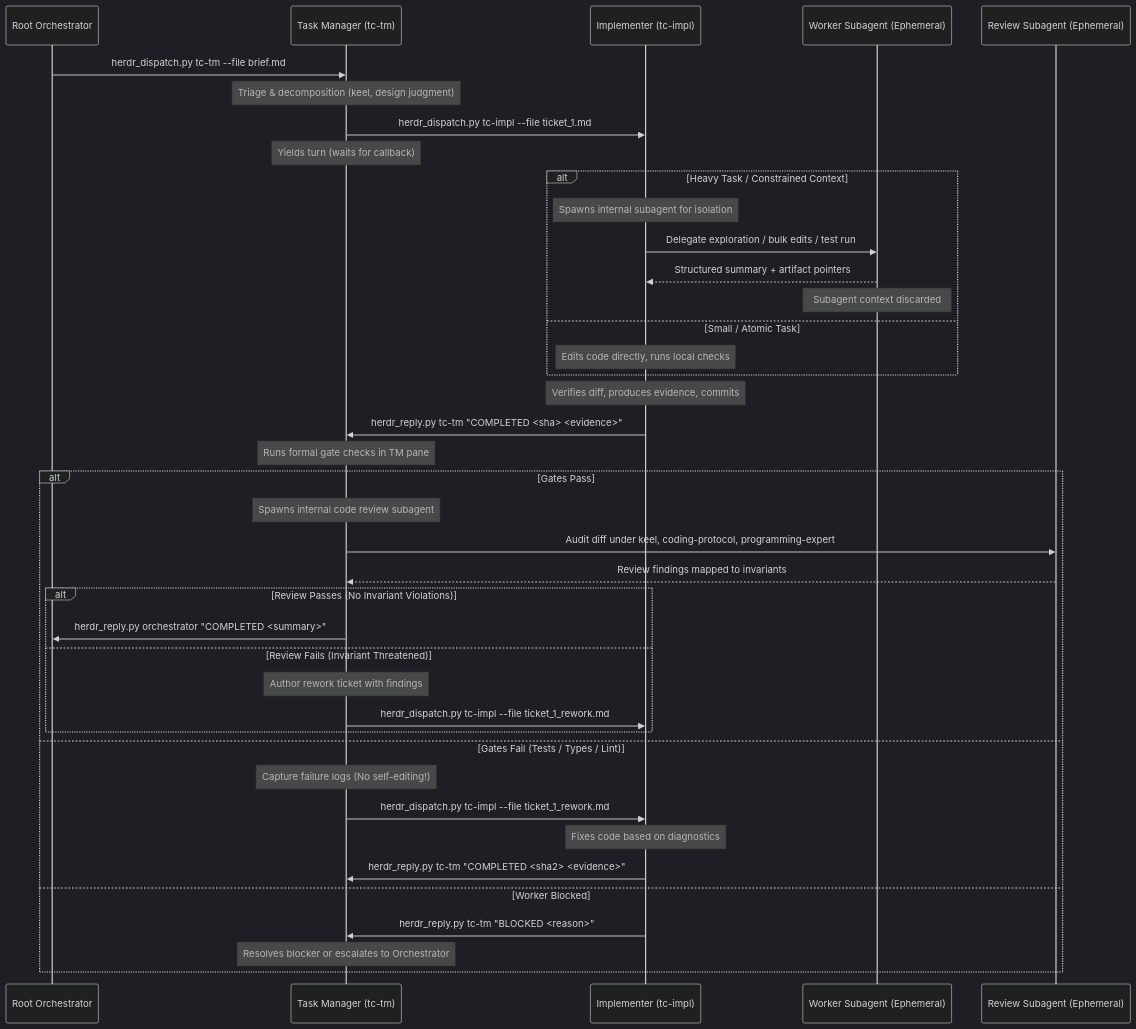
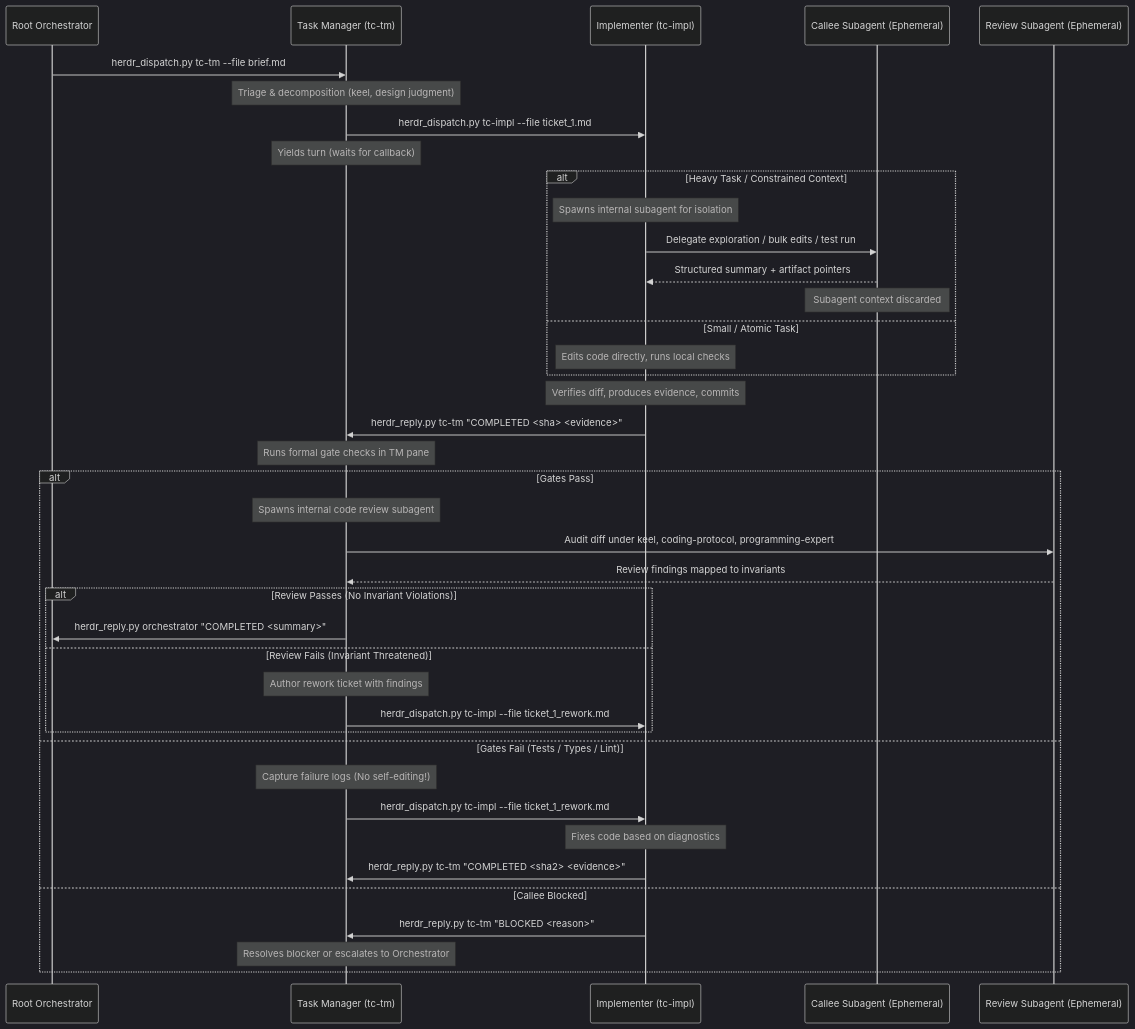
Before and after one commit to Rianico/harness-zkx: the diagram in skills/herdr/references/lane-coordination.md, drawn with Mermaid (dark theme). The commit also changed other lines of this file and 12 other files, not shown here.

First line of the commit message:
refactor(herdr): rename worker to callee

````diff
--- a/skills/herdr/references/lane-coordination.md
+++ b/skills/herdr/references/lane-coordination.md
@@ -365,47 +383,47 @@
 ```mermaid
 sequenceDiagram
     participant Orch as Root Orchestrator
     participant TM as Task Manager (tc-tm)
     participant Impl as Implementer (tc-impl)
-    participant ImplSub as Worker Subagent (Ephemeral)
+    participant ImplSub as Callee Subagent (Ephemeral)
     participant TMSub as Review Subagent (Ephemeral)
 
     Orch->>TM: herdr_dispatch.py tc-tm --file brief.md
     Note over TM: Triage & decomposition (keel, design judgment)
     TM->>Impl: herdr_dispatch.py tc-impl --file ticket_1.md
     Note over TM: Yields turn (waits for callback)
 
     alt Heavy Task / Constrained Context
         Note over Impl: Spawns internal subagent for isolation
         Impl->>ImplSub: Delegate exploration / bulk edits / test run
         ImplSub-->>Impl: Structured summary + artifact pointers
         Note over ImplSub: Subagent context discarded
     else Small / Atomic Task
         Note over Impl: Edits code directly, runs local checks
     end
 
     Note over Impl: Verifies diff, produces evidence, commits
     Impl->>TM: herdr_reply.py tc-tm "COMPLETED <sha> <evidence>"
     Note over TM: Runs formal gate checks in TM pane
 
     alt Gates Pass
         Note over TM: Spawns internal code review subagent
         TM->>TMSub: Audit diff under keel, coding-protocol, programming-expert
         TMSub-->>TM: Review findings mapped to invariants
         
         alt Review Passes (No Invariant Violations)
             TM->>Orch: herdr_reply.py orchestrator "COMPLETED <summary>"
         else Review Fails (Invariant Threatened)
             Note over TM: Author rework ticket with findings
             TM->>Impl: herdr_dispatch.py tc-impl --file ticket_1_rework.md
         end
     else Gates Fail (Tests / Types / Lint)
         Note over TM: Capture failure logs (No self-editing!)
         TM->>Impl: herdr_dispatch.py tc-impl --file ticket_1_rework.md
         Note over Impl: Fixes code based on diagnostics
         Impl->>TM: herdr_reply.py tc-tm "COMPLETED <sha2> <evidence>"
-    else Worker Blocked
+    else Callee Blocked
         Impl->>TM: herdr_reply.py tc-tm "BLOCKED <reason>"
         Note over TM: Resolves blocker or escalates to Orchestrator
     end
 ```
````
